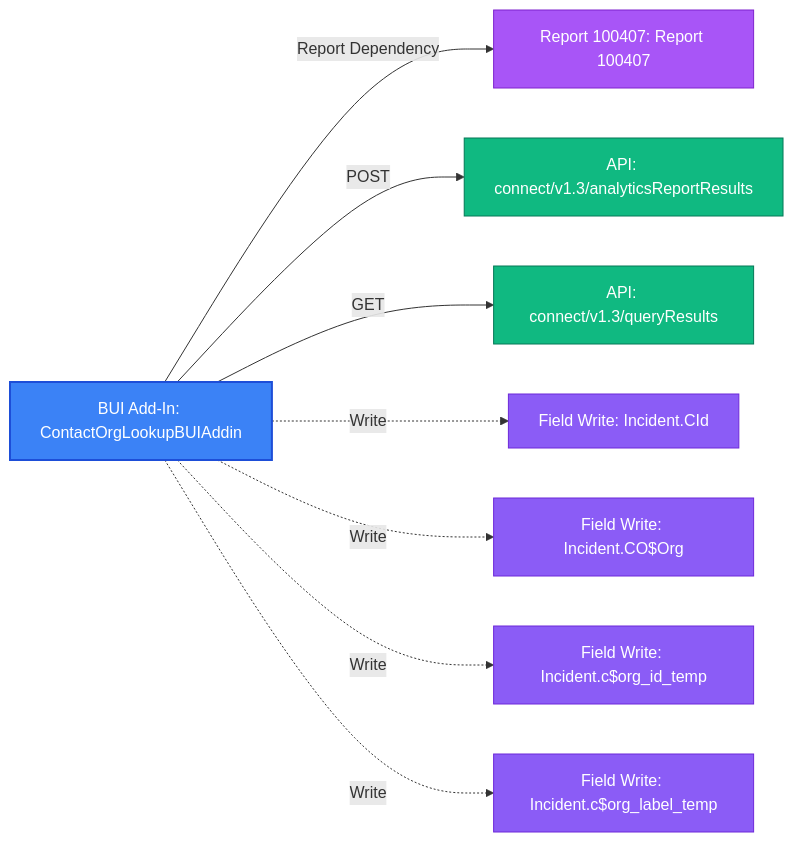
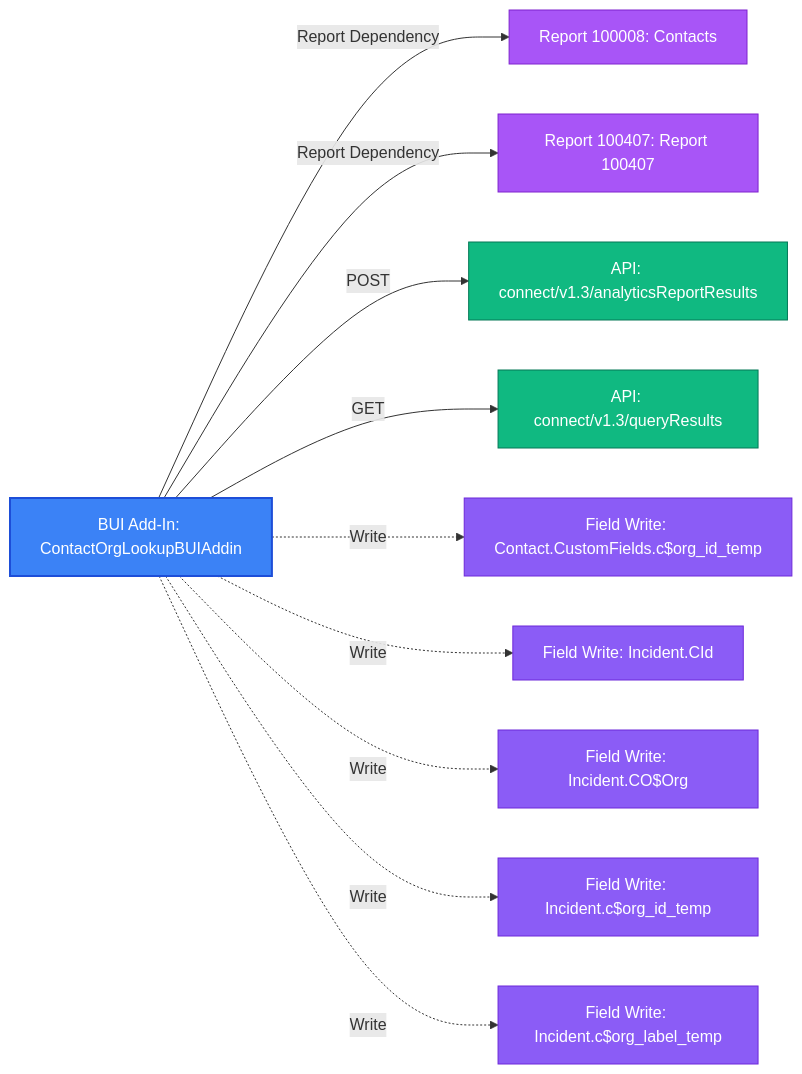
The diagram in results/bui_addins/report_ContactOrgLookupBUIAddin.md (SujalMatolia0/Config_Migration), drawn with Mermaid before and after one commit. The commit also changed other lines of this file and 30 other files, not shown here.

````diff
--- a/results/bui_addins/report_ContactOrgLookupBUIAddin.md
+++ b/results/bui_addins/report_ContactOrgLookupBUIAddin.md
@@ -110,23 +110,27 @@
 ```mermaid
 graph LR
   classDef addin fill:#3b82f6,stroke:#1d4ed8,stroke-width:2px,color:#fff;
   classDef rep fill:#a855f7,stroke:#7e22ce,stroke-width:1px,color:#fff;
   classDef api fill:#10b981,stroke:#047857,stroke-width:1px,color:#fff;
   classDef field fill:#8b5cf6,stroke:#6d28d9,stroke-width:1px,color:#fff;
 
   BUI_ContactOrgLookupBUIAddin["BUI Add-In: ContactOrgLookupBUIAddin"]:::addin
+  REP_100008["Report 100008: Contacts"]:::rep
+  BUI_ContactOrgLookupBUIAddin --> |"Report Dependency"| REP_100008
   REP_100407["Report 100407: Report 100407"]:::rep
   BUI_ContactOrgLookupBUIAddin --> |"Report Dependency"| REP_100407
   API_connectv13analyticsReportResults["API: connect/v1.3/analyticsReportResults"]:::api
   BUI_ContactOrgLookupBUIAddin --> |"POST"| API_connectv13analyticsReportResults
   API_connectv13queryResults["API: connect/v1.3/queryResults"]:::api
   BUI_ContactOrgLookupBUIAddin --> |"GET"| API_connectv13queryResults
+  FW_ContactCustomFieldscorg_id_temp["Field Write: Contact.CustomFields.c$org_id_temp"]:::field
+  BUI_ContactOrgLookupBUIAddin -.-> |"Write"| FW_ContactCustomFieldscorg_id_temp
   FW_IncidentCId["Field Write: Incident.CId"]:::field
   BUI_ContactOrgLookupBUIAddin -.-> |"Write"| FW_IncidentCId
   FW_IncidentCOOrg["Field Write: Incident.CO$Org"]:::field
   BUI_ContactOrgLookupBUIAddin -.-> |"Write"| FW_IncidentCOOrg
   FW_Incidentcorg_id_temp["Field Write: Incident.c$org_id_temp"]:::field
   BUI_ContactOrgLookupBUIAddin -.-> |"Write"| FW_Incidentcorg_id_temp
   FW_Incidentcorg_label_temp["Field Write: Incident.c$org_label_temp"]:::field
   BUI_ContactOrgLookupBUIAddin -.-> |"Write"| FW_Incidentcorg_label_temp
 ```
````
